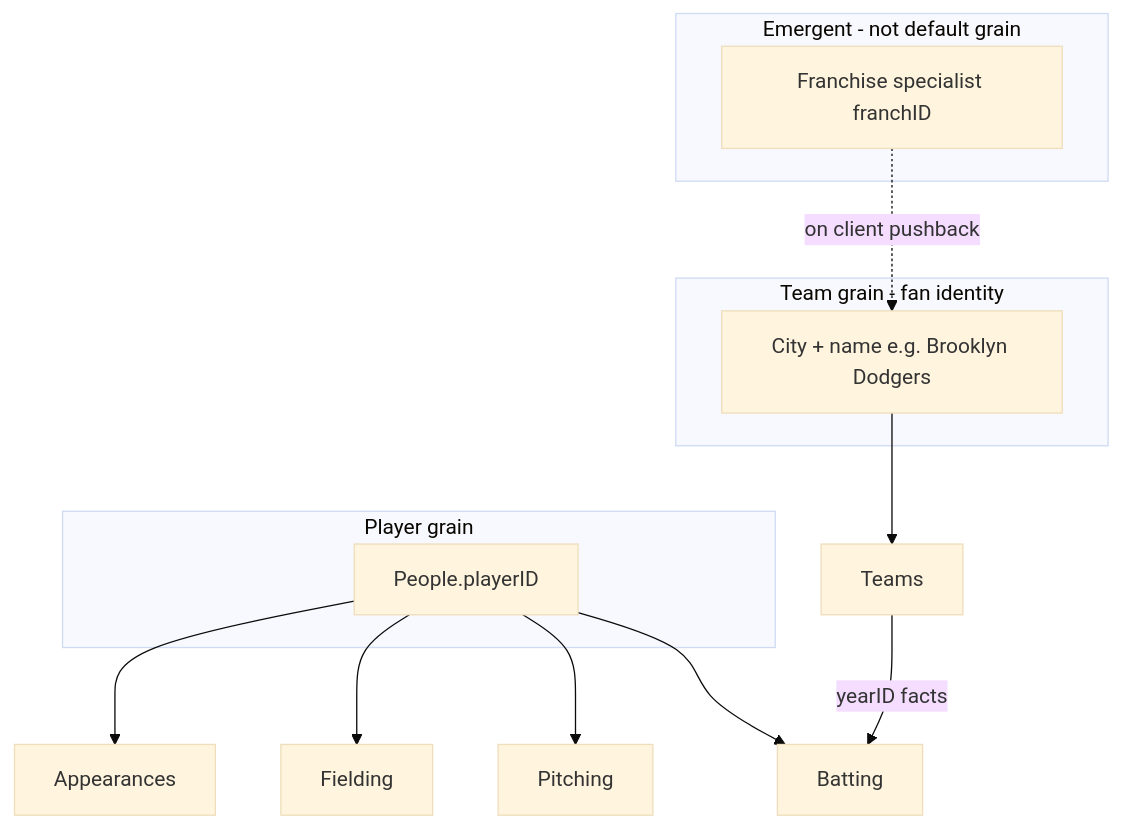
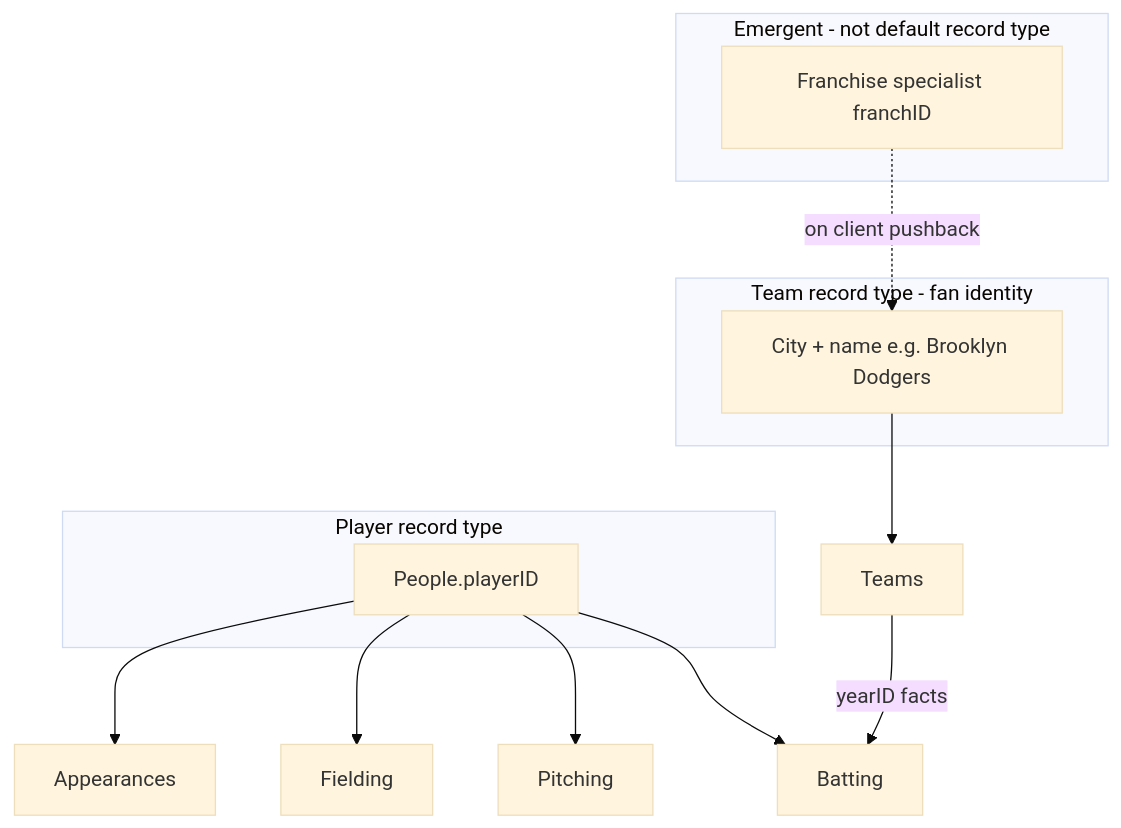
Before and after one commit to myceliumdata/mycelium: the second of 2 diagrams in docs/plans/baseball-example-program.md, drawn with Mermaid (base theme). The commit also changed other lines of this file and 8 other files, not shown here.

First line of the commit message:
docs: record_type vocabulary + baseball debut bind polish

````diff
--- a/docs/plans/baseball-example-program.md
+++ b/docs/plans/baseball-example-program.md
@@ -233,23 +234,23 @@
 ```mermaid
 flowchart TB
-  subgraph player_hub [Player grain]
+  subgraph player_hub [Player record type]
     People[People.playerID]
   end
 
-  subgraph team_hub [Team grain - fan identity]
+  subgraph team_hub [Team record type - fan identity]
     Tfan[City + name e.g. Brooklyn Dodgers]
   end
 
-  subgraph emergent [Emergent - not default grain]
+  subgraph emergent [Emergent - not default record type]
     TF[Franchise specialist franchID]
   end
 
   People --> Batting
   People --> Pitching
   People --> Fielding
   People --> Appearances
 
   Tfan --> Teams
   Teams -->|"yearID facts"| Batting
   TF -.->|on client pushback| Tfan
 ```
````
